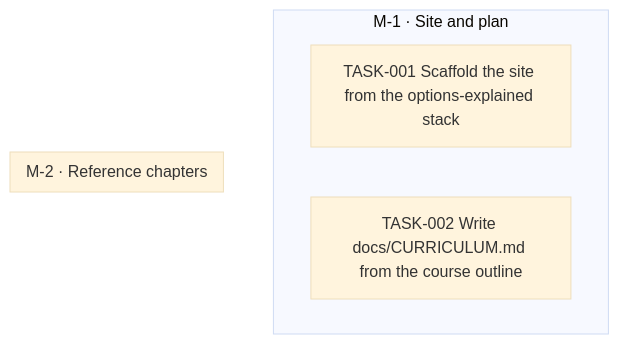
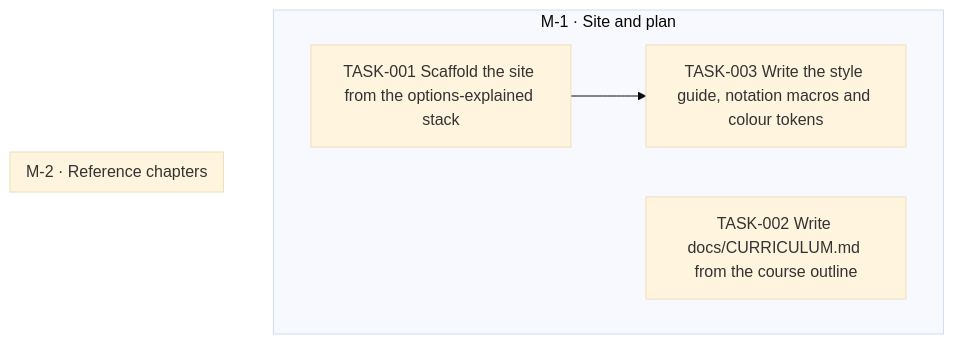
One commit to all-explained/empirical-finance-lbs changed the diagram in goals/course-site/README.md. Above: the diagram before and after it, drawn with Mermaid (base theme). The commit also changed 1 other file, not shown here.

Commit message:
goal(course-site): add TASK-003 Write the style guide, notation macros and colour tokens

````diff
--- a/goals/course-site/README.md
+++ b/goals/course-site/README.md
@@ -19,12 +19,14 @@
 ```mermaid
 flowchart TD
   subgraph M_1["M-1 · Site and plan"]
     TASK_001["TASK-001 Scaffold the site from the options-explained stack"]
     TASK_002["TASK-002 Write docs/CURRICULUM.md from the course outline"]
+    TASK_003["TASK-003 Write the style guide, notation macros and colour tokens"]
   end
   subgraph M_2["M-2 · Reference chapters"]
   end
+  TASK_001 --> TASK_003
   classDef draft stroke-dasharray: 4 3
   classDef cancelled opacity:0.45
   classDef decision fill:#f3e8ff,stroke:#7c3aed
 ```
````
